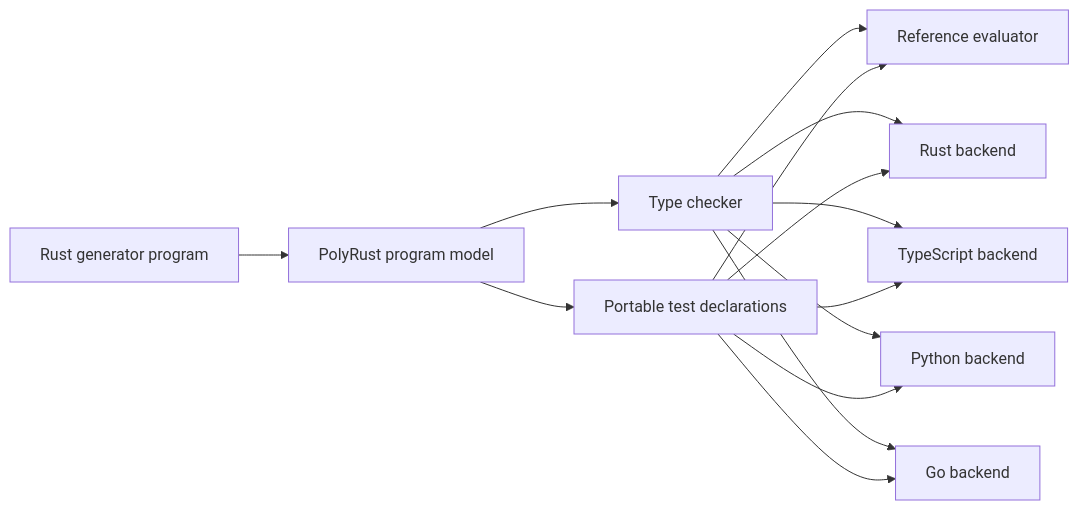
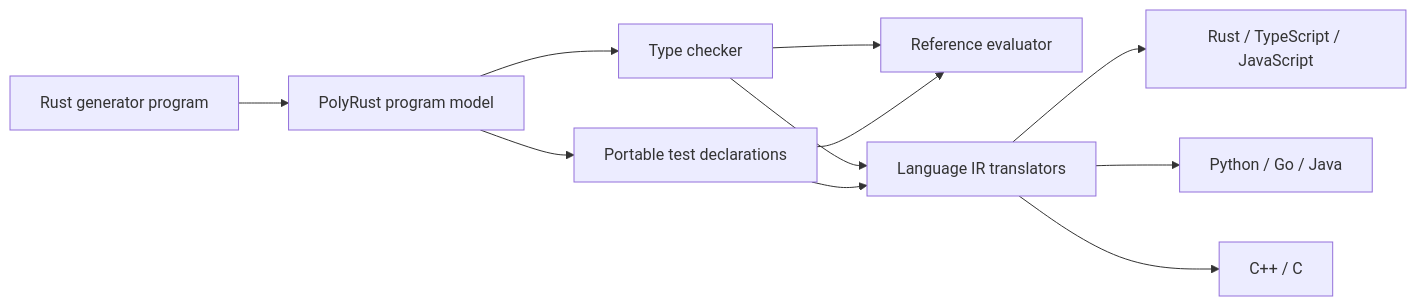
One commit to Alice-Williams/polyrust changed the first of 3 diagrams in docs/portable-language.md. Above: the diagram before and after it, drawn with Mermaid. The commit also changed other lines of this file and 47 other files, not shown here.

````diff
--- a/docs/portable-language.md
+++ b/docs/portable-language.md
@@ -15,16 +15,13 @@
 ```mermaid
 flowchart LR
     A["Rust generator program"] --> B["PolyRust program model"]
     B --> C["Type checker"]
     C --> D["Reference evaluator"]
-    C --> E["Rust backend"]
-    C --> F["TypeScript backend"]
-    C --> G["Python backend"]
-    C --> H["Go backend"]
+    C --> L["Language IR translators"]
+    L --> E["Rust / TypeScript / JavaScript"]
+    L --> F["Python / Go / Java"]
+    L --> G["C++ / C"]
     B --> T["Portable test declarations"]
     T --> D
-    T --> E
-    T --> F
-    T --> G
-    T --> H
+    T --> L
 ```
````
